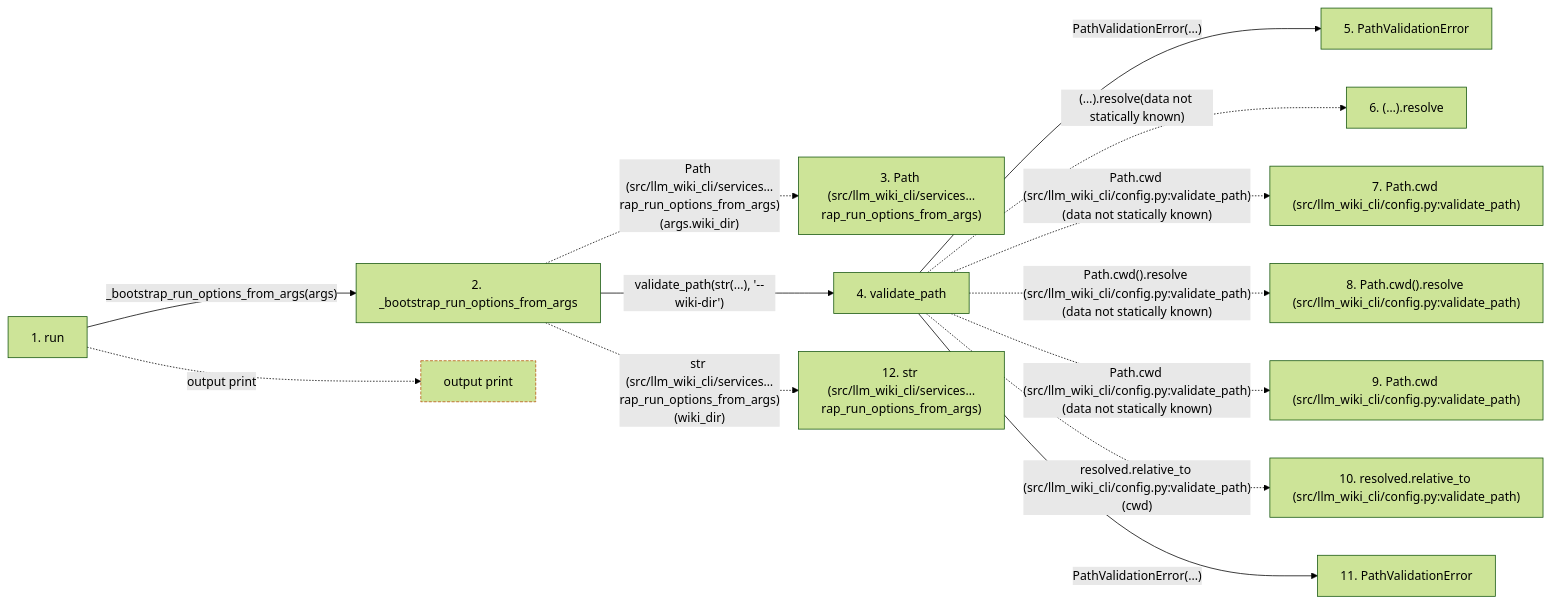
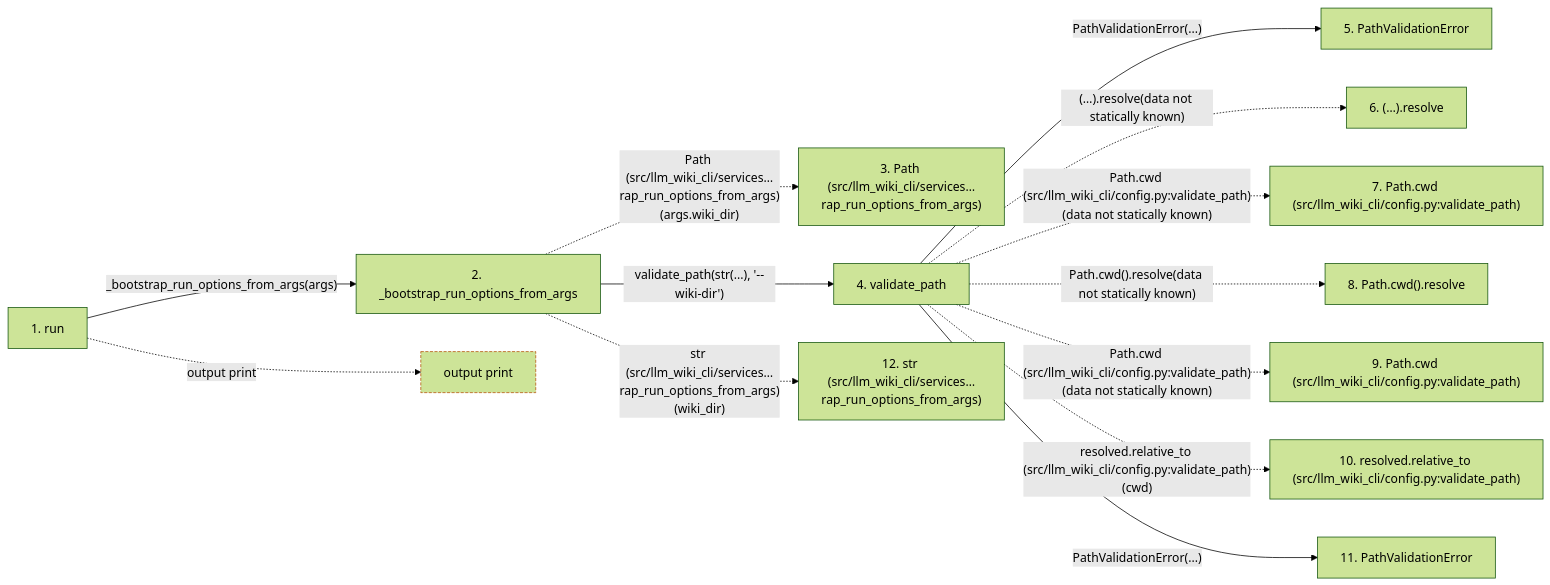
One commit to Denissvgn/python-wiki-llm changed the second of 2 diagrams in docs/llm_wiki/flows/cli-bootstrap.md. Above: the diagram before and after it, drawn with Mermaid (forest theme). The commit also changed other lines of this file and 1410 other files, not shown here.

````diff
--- a/docs/llm_wiki/flows/cli-bootstrap.md
+++ b/docs/llm_wiki/flows/cli-bootstrap.md
@@ -130,35 +132,35 @@
 ```mermaid
 flowchart LR
     s1["1. run"]
     s2["2. _bootstrap_run_options_from_args"]
     s3["3. Path (src/llm_wiki_cli/services…rap_run_options_from_args)"]
     s4["4. validate_path"]
     s5["5. PathValidationError"]
     s6["6. (…).resolve"]
     s7["7. Path.cwd (src/llm_wiki_cli/config.py:validate_path)"]
-    s8["8. Path.cwd().resolve (src/llm_wiki_cli/config.py:validate_path)"]
+    s8["8. Path.cwd().resolve"]
     s9["9. Path.cwd (src/llm_wiki_cli/config.py:validate_path)"]
     s10["10. resolved.relative_to (src/llm_wiki_cli/config.py:validate_path)"]
     s11["11. PathValidationError"]
     s12["12. str (src/llm_wiki_cli/services…rap_run_options_from_args)"]
     s1 -->|"_bootstrap_run_options_from_args(args)"| s2
     s2 -. "Path (src/llm_wiki_cli/services…rap_run_options_from_args)(args.wiki_dir)" .-> s3
     s2 -->|"validate_path(str(...), '--wiki-dir')"| s4
     s4 -->|"PathValidationError(...)"| s5
     s4 -. "(…).resolve(data not statically known)" .-> s6
     s4 -. "Path.cwd (src/llm_wiki_cli/config.py:validate_path)(data not statically known)" .-> s7
-    s4 -. "Path.cwd().resolve (src/llm_wiki_cli/config.py:validate_path)(data not statically known)" .-> s8
+    s4 -. "Path.cwd().resolve(data not statically known)" .-> s8
     s4 -. "Path.cwd (src/llm_wiki_cli/config.py:validate_path)(data not statically known)" .-> s9
     s4 -. "resolved.relative_to (src/llm_wiki_cli/config.py:validate_path)(cwd)" .-> s10
     s4 -->|"PathValidationError(...)"| s11
     s2 -. "str (src/llm_wiki_cli/services…rap_run_options_from_args)(wiki_dir)" .-> s12
     b0["output print"]
     s1 -. "output print" .-> b0
     click s1 "../modules/bootstrap_runtime.md"
     click s2 "../modules/bootstrap_runtime.md"
     click s4 "../modules/config.md"
     click s5 "../modules/config.md"
     click s11 "../modules/config.md"
     classDef boundary stroke:#b45309,stroke-dasharray: 4 2
     class b0 boundary
 ```
````
